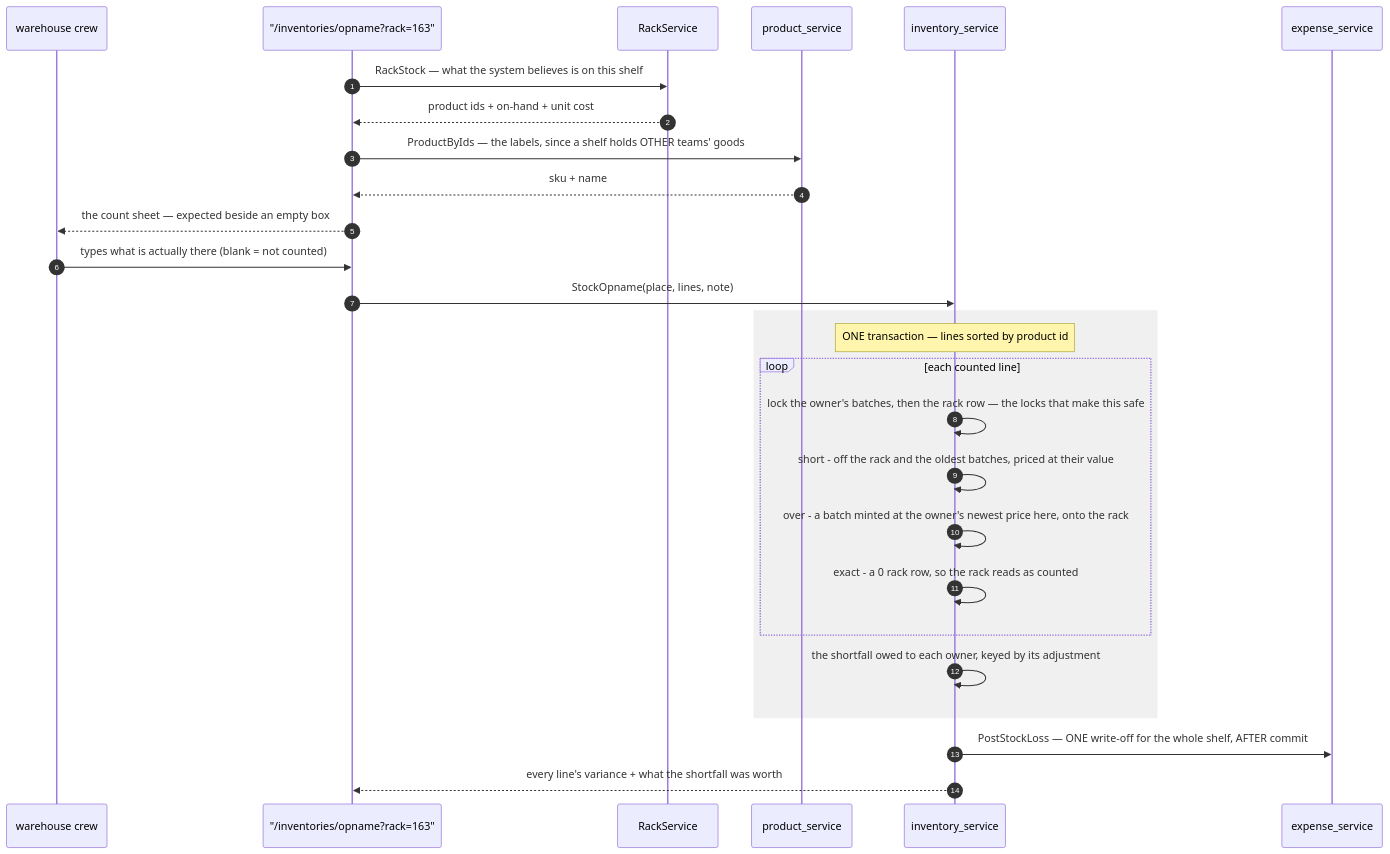
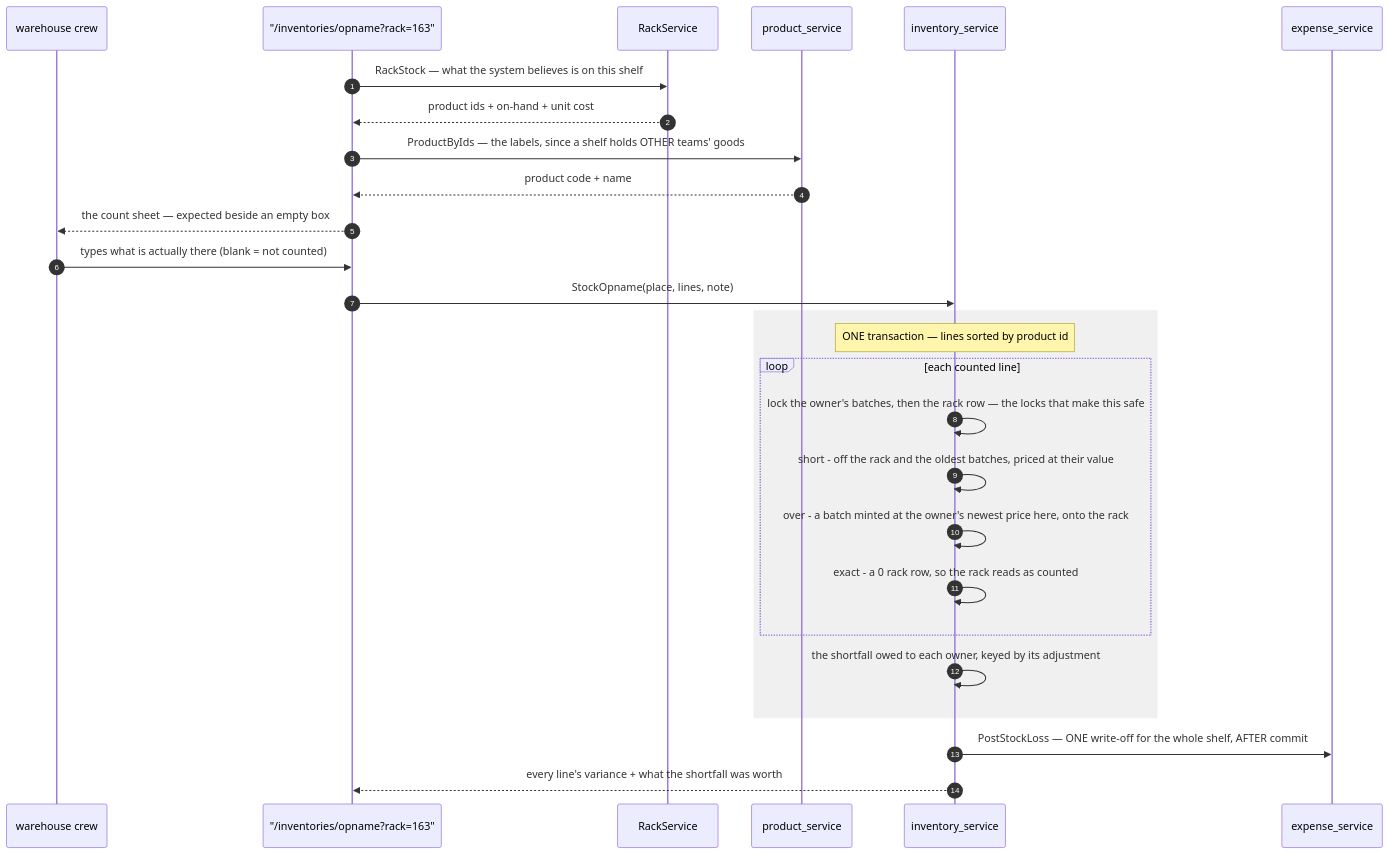
One commit to pdcgo/warehouse_revamp changed diagram 16 of 21 in docs/services/inventory_service/rpc.md. Above: the diagram before and after it, drawn with Mermaid. The commit also changed other lines of this file and 703 other files, not shown here.

````diff
--- a/docs/services/inventory_service/rpc.md
+++ b/docs/services/inventory_service/rpc.md
@@ -741,33 +741,33 @@
 ```mermaid
 sequenceDiagram
     autonumber
     participant P as warehouse crew
     participant UI as "/inventories/opname?rack=163"
     participant R as RackService
     participant PS as product_service
     participant I as inventory_service
     participant E as expense_service
 
     UI->>R: RackStock — what the system believes is on this shelf
     R-->>UI: product ids + on-hand + unit cost
     UI->>PS: ProductByIds — the labels, since a shelf holds OTHER teams' goods
-    PS-->>UI: sku + name
+    PS-->>UI: product code + name
     UI-->>P: the count sheet — expected beside an empty box
 
     P->>UI: types what is actually there (blank = not counted)
     UI->>I: StockOpname(place, lines, note)
 
     rect rgb(240, 240, 240)
         Note over I: ONE transaction — lines sorted by product id
         loop each counted line
             I->>I: lock the owner's batches, then the rack row — the locks that make this safe
             I->>I: short - off the rack and the oldest batches, priced at their value
             I->>I: over - a batch minted at the owner's newest price here, onto the rack
             I->>I: exact - a 0 rack row, so the rack reads as counted
         end
         I->>I: the shortfall owed to each owner, keyed by its adjustment
     end
 
     I->>E: PostStockLoss — ONE write-off for the whole shelf, AFTER commit
     I-->>UI: every line's variance + what the shortfall was worth
 ```
````
